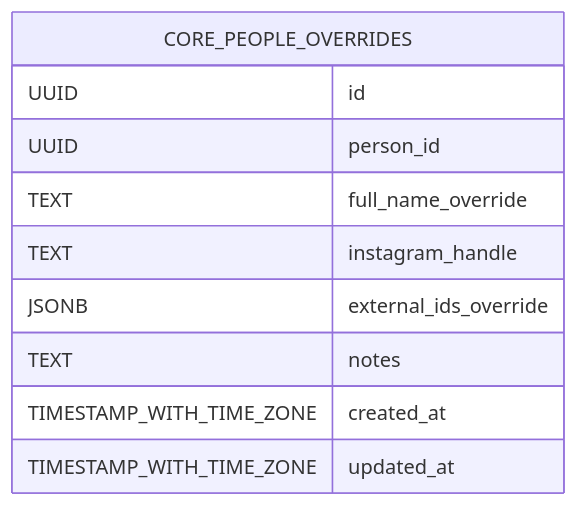
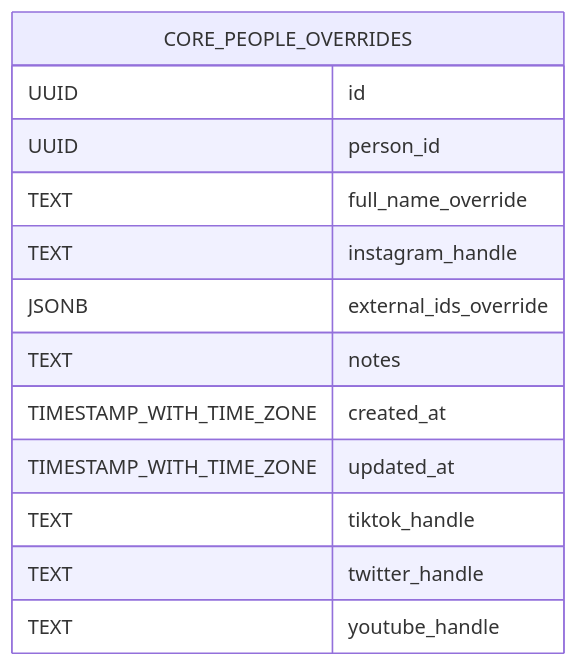
One commit to therealityreport/trr-backend changed the diagram in supabase/schema_docs/diagrams/core.people_overrides.mermaid.md. Above: the diagram before and after it, drawn with Mermaid. The commit also changed 30 other files, not shown here.

Commit message:
docs(schema): refresh generated schema docs

````diff
--- a/supabase/schema_docs/diagrams/core.people_overrides.mermaid.md
+++ b/supabase/schema_docs/diagrams/core.people_overrides.mermaid.md
@@ -4,13 +4,16 @@
 ```mermaid
 erDiagram
     CORE_PEOPLE_OVERRIDES {
         UUID id
         UUID person_id
         TEXT full_name_override
         TEXT instagram_handle
         JSONB external_ids_override
         TEXT notes
         TIMESTAMP_WITH_TIME_ZONE created_at
         TIMESTAMP_WITH_TIME_ZONE updated_at
+        TEXT tiktok_handle
+        TEXT twitter_handle
+        TEXT youtube_handle
     }
 ```
````
